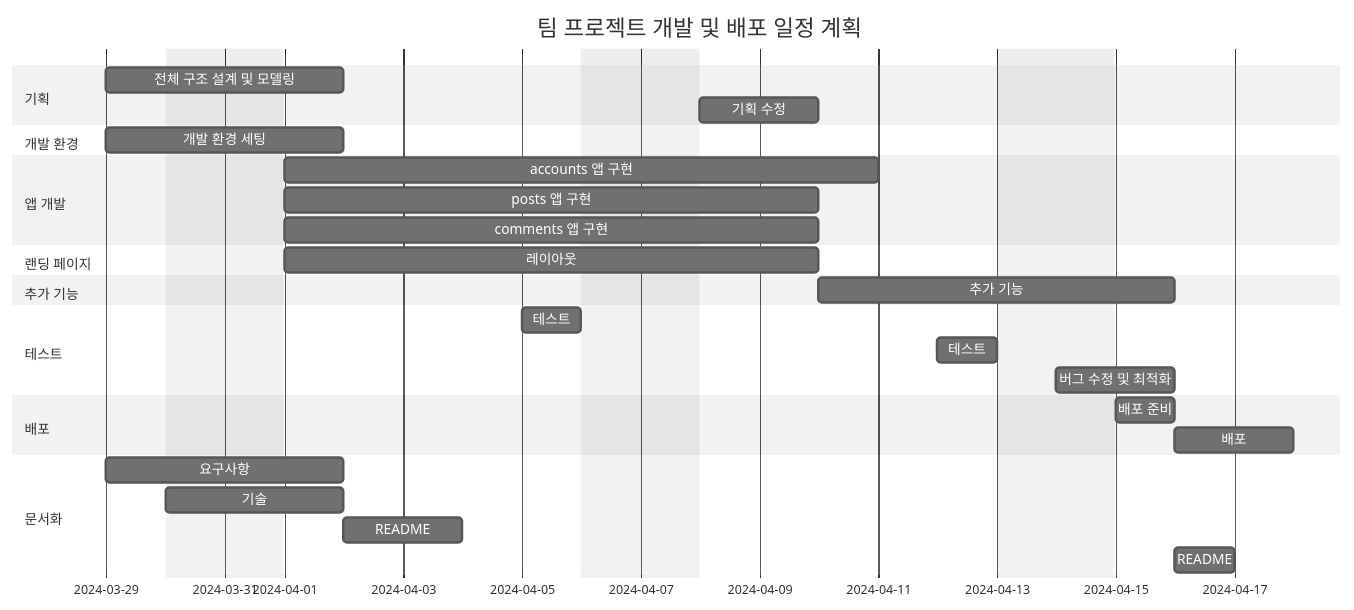
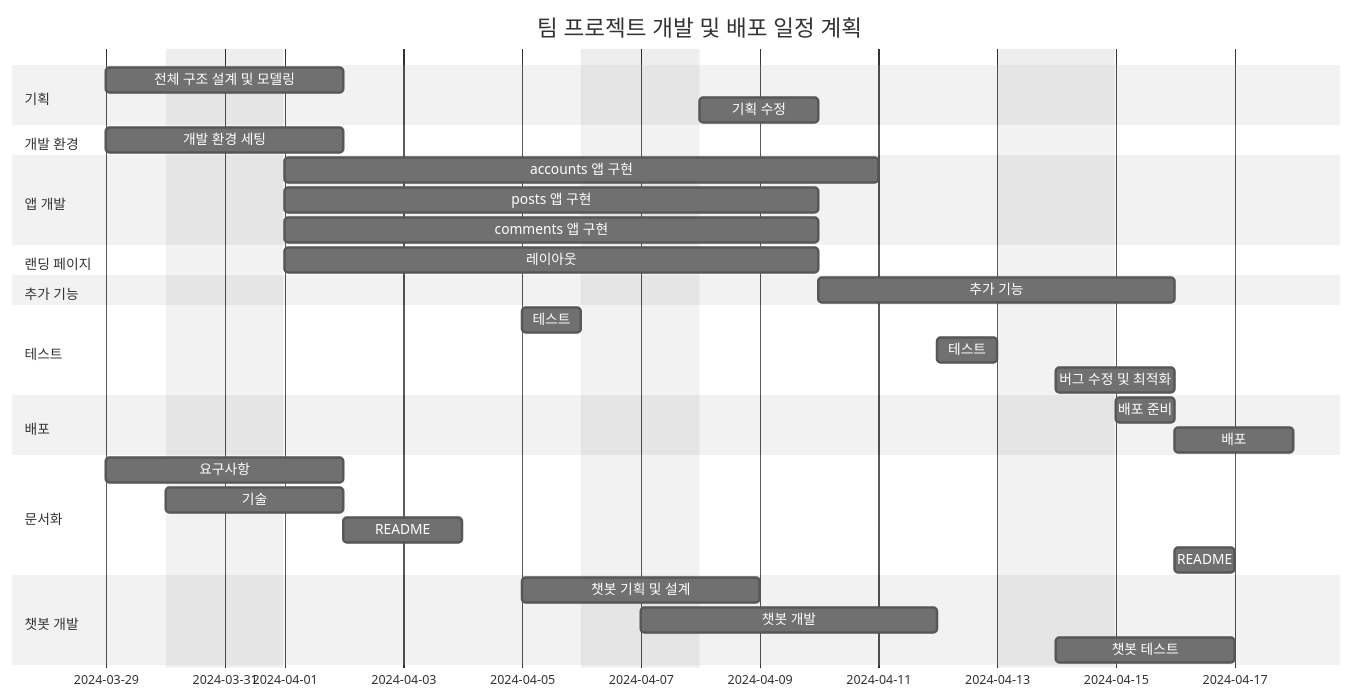
The third of 3 diagrams in README.md (seungil1/recommand_tour), drawn with Mermaid (neutral theme) before and after one commit. The commit also changed other lines of this file, not shown here.

````diff
--- a/README.md
+++ b/README.md
@@ -84,39 +84,44 @@
 ```mermaid
 gantt
     dateFormat  YYYY-MM-DD
     title 팀 프로젝트 개발 및 배포 일정 계획
     excludes weekends
 
     section 기획
     전체 구조 설계 및 모델링 :des1, 2024-03-29, 2d
     기획 수정 : 2024-04-08, 2d
 
     section 개발 환경
     개발 환경 세팅 :set1, 2024-03-29, 2d
 
     section 앱 개발
     accounts 앱 구현 :acc1, 2024-04-01, 8d
     posts 앱 구현 :pos1, 2024-04-01, 7d
     comments 앱 구현 :com1, 2024-04-01, 7d
 
     section 랜딩 페이지
     레이아웃 :lan1, 2024-04-01, 7d
 
     section 추가 기능
     추가 기능 : 2024-04-10, 4d
 
     section 테스트
     테스트 : 2024-04-05, 1d
     테스트 : 2024-04-12, 1d
     버그 수정 및 최적화 : 2024-04-14, 2d
 
     section 배포
     배포 준비 :deploy1, 2024-04-15, 1d
     배포 :deploy2, after deploy1, 2d
     
     section 문서화
     요구사항 : 2024-03-29, 1.5d
     기술 : 2024-03-30, 2d
     README : 2024-04-02, 2d
     README : doc1, 2024-04-16, 1d
+
+   section 챗봇 개발
+    챗봇 기획 및 설계 :chat1, 2024-04-05, 2d
+    챗봇 개발 :chat2, 2024-04-07, 5d
+    챗봇 테스트 :chat3, 2024-04-14, 3d
 ```
````
